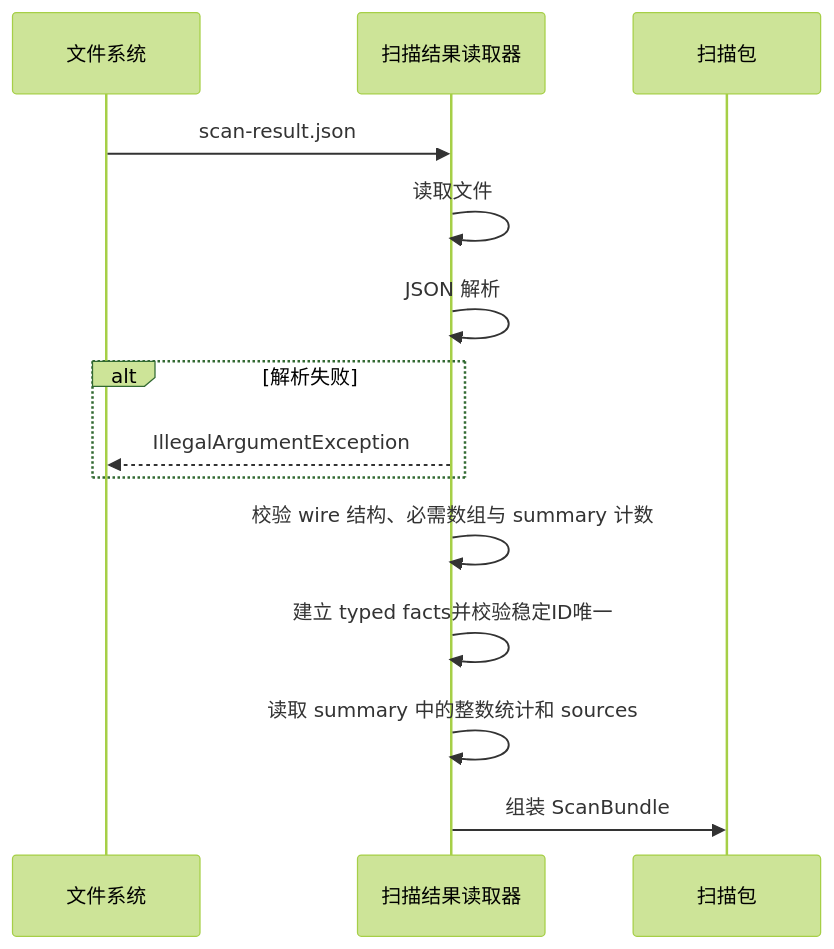
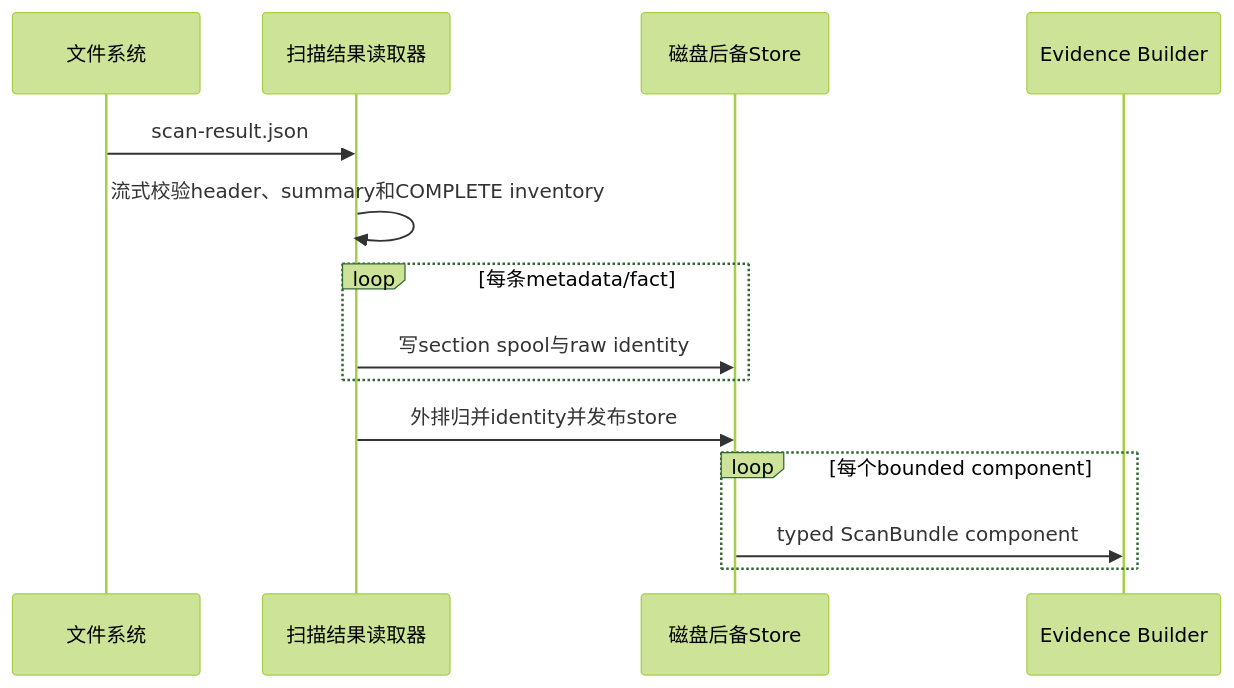
Before and after one commit to xiaoguang/relation-detector: the third of 4 diagrams in docs/design/semantic-layer/01-scan-result-reader.md, drawn with Mermaid (forest theme). The commit also changed other lines of this file and 62 other files, not shown here.

````diff
--- a/docs/design/semantic-layer/01-scan-result-reader.md
+++ b/docs/design/semantic-layer/01-scan-result-reader.md
@@ -210,17 +216,17 @@
 ```mermaid
 sequenceDiagram
     participant FS as 文件系统
     participant SR as 扫描结果读取器
-    participant SB as 扫描包
+    participant DS as 磁盘后备Store
+    participant EB as Evidence Builder
 
     FS->>SR: scan-result.json
-    SR->>SR: 读取文件
-    SR->>SR: JSON 解析
-    alt 解析失败
-        SR-->>FS: IllegalArgumentException
+    SR->>SR: 流式校验header、summary和COMPLETE inventory
+    loop 每条metadata/fact
+        SR->>DS: 写section spool与raw identity
     end
-    SR->>SR: 校验 wire 结构、必需数组与 summary 计数
-    SR->>SR: 建立 typed facts并校验稳定ID唯一
-    SR->>SR: 读取 summary 中的整数统计和 sources
-    SR->>SB: 组装 ScanBundle
+    SR->>DS: 外排归并identity并发布store
+    loop 每个bounded component
+        DS->>EB: typed ScanBundle component
+    end
 ```
````
